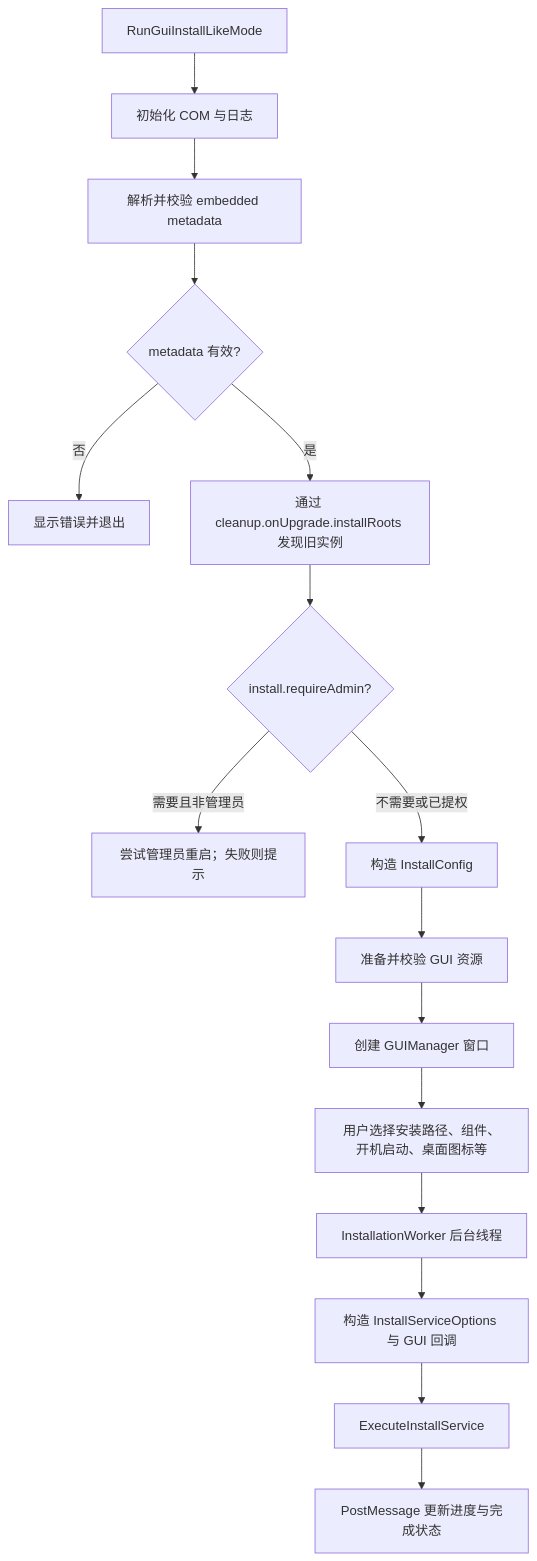
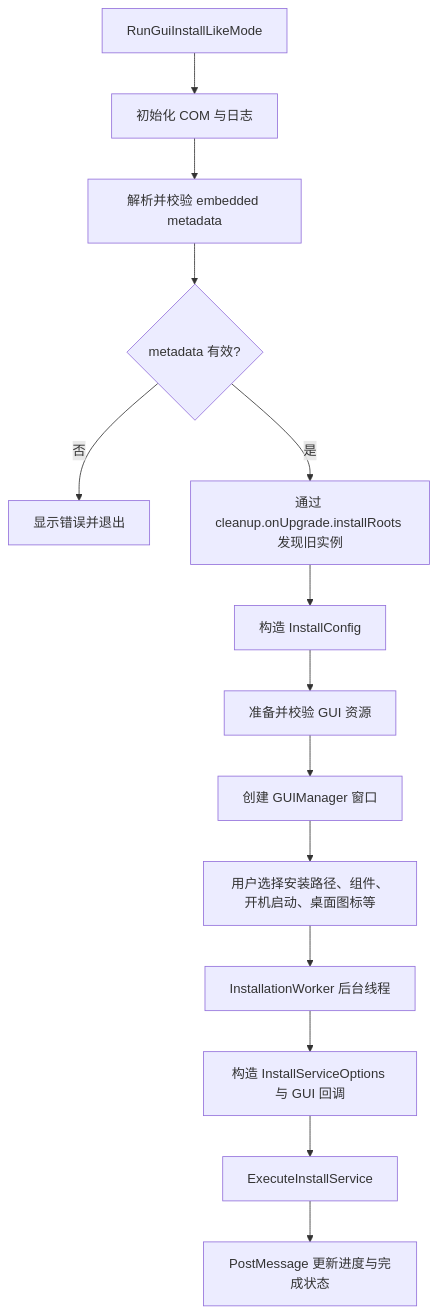
One commit to lu020218/Multi-Threaded_Installer changed the second of 10 diagrams in docs/安装器流程图.md. Above: the diagram before and after it, drawn with Mermaid. The commit also changed other lines of this file and 10 other files, not shown here.

````diff
--- a/docs/安装器流程图.md
+++ b/docs/安装器流程图.md
@@ -31,18 +31,16 @@
 ```mermaid
 flowchart TD
     A[RunGuiInstallLikeMode] --> B[初始化 COM 与日志]
     B --> C[解析并校验 embedded metadata]
     C --> D{metadata 有效?}
     D -->|否| D1[显示错误并退出]
     D -->|是| E[通过 cleanup.onUpgrade.installRoots 发现旧实例]
-    E --> F{install.requireAdmin?}
-    F -->|需要且非管理员| F1[尝试管理员重启；失败则提示]
-    F -->|不需要或已提权| G[构造 InstallConfig]
+    E --> G[构造 InstallConfig]
     G --> H[准备并校验 GUI 资源]
     H --> I[创建 GUIManager 窗口]
     I --> J[用户选择安装路径、组件、开机启动、桌面图标等]
     J --> K[InstallationWorker 后台线程]
     K --> L[构造 InstallServiceOptions 与 GUI 回调]
     L --> M[ExecuteInstallService]
     M --> N[PostMessage 更新进度与完成状态]
 ```
````
